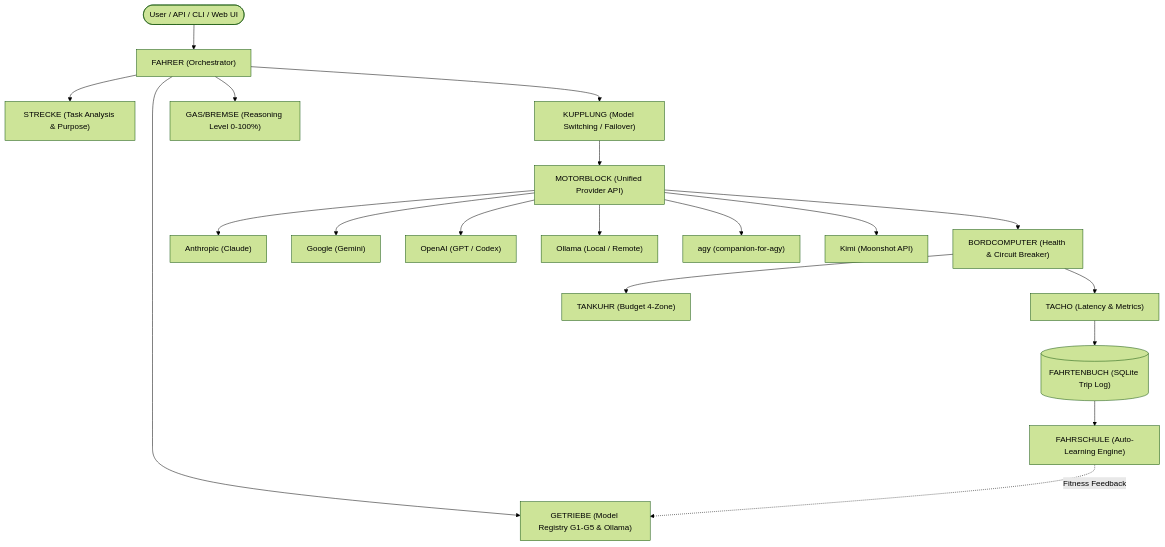
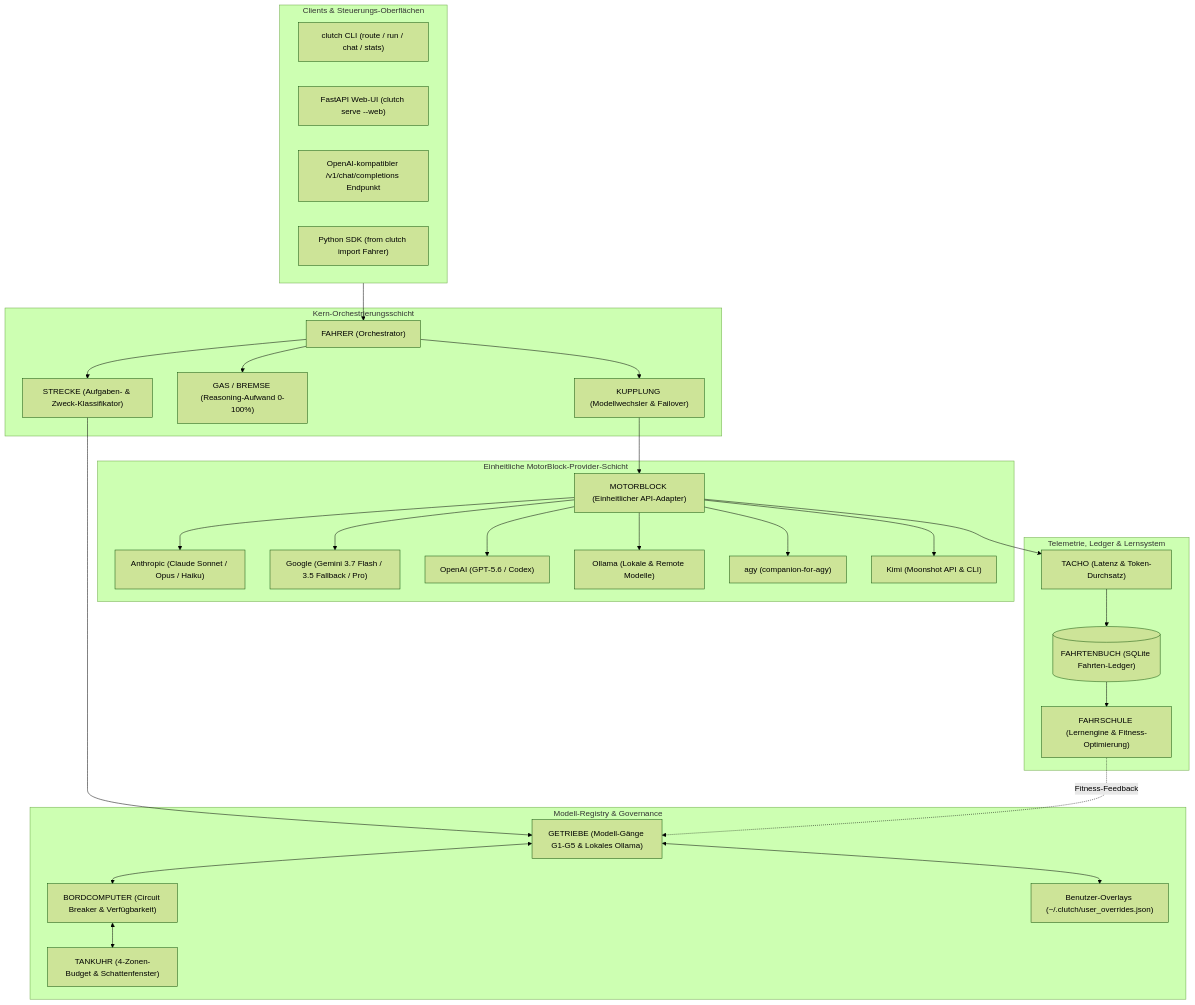
The first of 2 diagrams in README_de.md (ellmos-ai/clutch), drawn with Mermaid (forest theme) before and after one commit. The commit also changed other lines of this file and 10 other files, not shown here.

Commit message:
chore(marketing): release v0.6.1 with Pfad B discoverability, dual-mermaid and multi-OS CI matrix

````diff
--- a/README_de.md
+++ b/README_de.md
@@ -47,21 +123,59 @@
 ```mermaid
-graph TD
-    User([User / API / CLI / Web UI]) --> Fahrer["FAHRER (Orchestrator)"]
-    Fahrer --> Strecke["STRECKE (Task Analysis & Purpose)"]
-    Fahrer --> Getriebe["GETRIEBE (Model Registry G1-G5 & Ollama)"]
-    Fahrer --> GasBremse["GAS/BREMSE (Reasoning Level 0-100%)"]
-    Fahrer --> Kupplung["KUPPLUNG (Model Switching / Failover)"]
-    Kupplung --> MotorBlock["MOTORBLOCK (Unified Provider API)"]
-    MotorBlock --> Anthropic["Anthropic (Claude)"]
-    MotorBlock --> Gemini["Google (Gemini)"]
-    MotorBlock --> OpenAI["OpenAI (GPT / Codex)"]
-    MotorBlock --> Ollama["Ollama (Local / Remote)"]
-    MotorBlock --> Agy["agy (companion-for-agy)"]
-    MotorBlock --> Kimi["Kimi (Moonshot API)"]
-    MotorBlock --> Bordcomputer["BORDCOMPUTER (Health & Circuit Breaker)"]
-    Bordcomputer --> Tankuhr["TANKUHR (Budget 4-Zone)"]
-    Bordcomputer --> Tacho["TACHO (Latency & Metrics)"]
-    Tacho --> Fahrtenbuch[("FAHRTENBUCH (SQLite Trip Log)")]
-    Fahrtenbuch --> Fahrschule["FAHRSCHULE (Auto-Learning Engine)"]
-    Fahrschule -. Fitness Feedback .-> Getriebe
+flowchart TD
+    subgraph CLIENTS["Clients & Steuerungs-Oberflächen"]
+        CLI["clutch CLI (route / run / chat / stats)"]
+        Web["FastAPI Web-UI (clutch serve --web)"]
+        API["OpenAI-kompatibler /v1/chat/completions Endpunkt"]
+        Lib["Python SDK (from clutch import Fahrer)"]
+    end
+
+    subgraph ORCHESTRATION["Kern-Orchestrierungsschicht"]
+        Fahrer["FAHRER (Orchestrator)"]
+        Strecke["STRECKE (Aufgaben- & Zweck-Klassifikator)"]
+        GasBremse["GAS / BREMSE (Reasoning-Aufwand 0-100%)"]
+        Kupplung["KUPPLUNG (Modellwechsler & Failover)"]
+    end
+
+    subgraph REGISTRY["Modell-Registry & Governance"]
+        Getriebe["GETRIEBE (Modell-Gänge G1-G5 & Lokales Ollama)"]
+        Bordcomputer["BORDCOMPUTER (Circuit Breaker & Verfügbarkeit)"]
+        Tankuhr["TANKUHR (4-Zonen-Budget & Schattenfenster)"]
+        UserOverrides["Benutzer-Overlays (~/.clutch/user_overrides.json)"]
+    end
+
+    subgraph ENGINES["Einheitliche MotorBlock-Provider-Schicht"]
+        MotorBlock["MOTORBLOCK (Einheitlicher API-Adapter)"]
+        Anthropic["Anthropic (Claude Sonnet / Opus / Haiku)"]
+        Gemini["Google (Gemini 3.7 Flash / 3.5 Fallback / Pro)"]
+        OpenAI["OpenAI (GPT-5.6 / Codex)"]
+        Ollama["Ollama (Lokale & Remote Modelle)"]
+        Agy["agy (companion-for-agy)"]
+        Kimi["Kimi (Moonshot API & CLI)"]
+    end
+
+    subgraph TELEMETRY["Telemetrie, Ledger & Lernsystem"]
+        Tacho["TACHO (Latenz & Token-Durchsatz)"]
+        Fahrtenbuch[("FAHRTENBUCH (SQLite Fahrten-Ledger)")]
+        Fahrschule["FAHRSCHULE (Lernengine & Fitness-Optimierung)"]
+    end
+
+    CLIENTS --> Fahrer
+    Fahrer --> Strecke
+    Strecke --> Getriebe
+    Fahrer --> GasBremse
+    Fahrer --> Kupplung
+    Getriebe <--> Bordcomputer
+    Getriebe <--> UserOverrides
+    Bordcomputer <--> Tankuhr
+    Kupplung --> MotorBlock
+    MotorBlock --> Anthropic
+    MotorBlock --> Gemini
+    MotorBlock --> OpenAI
+    MotorBlock --> Ollama
+    MotorBlock --> Agy
+    MotorBlock --> Kimi
+    MotorBlock --> Tacho
+    Tacho --> Fahrtenbuch
+    Fahrtenbuch --> Fahrschule
+    Fahrschule -. Fitness-Feedback .-> Getriebe
 ```
````
